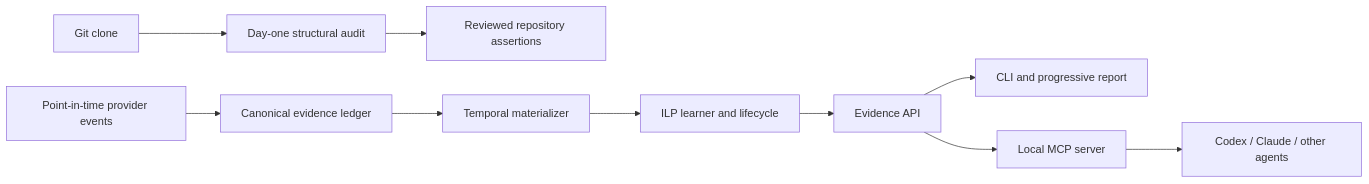
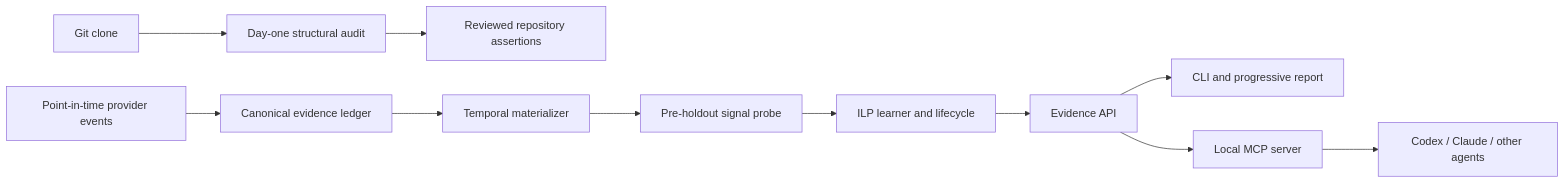
Before and after one commit to gusmondel/RuleLoom: the diagram in docs/ADOPTION-ROADMAP.md, drawn with Mermaid. The commit also changed other lines of this file and 36 other files, not shown here.

````diff
--- a/docs/ADOPTION-ROADMAP.md
+++ b/docs/ADOPTION-ROADMAP.md
@@ -34,12 +34,13 @@
 ```mermaid
 flowchart LR
     G[Git clone] --> A[Day-one structural audit]
     A --> R[Reviewed repository assertions]
     P[Point-in-time provider events] --> L[Canonical evidence ledger]
     L --> T[Temporal materializer]
-    T --> I[ILP learner and lifecycle]
+    T --> S[Pre-holdout signal probe]
+    S --> I[ILP learner and lifecycle]
     I --> E[Evidence API]
     E --> C[CLI and progressive report]
     E --> M[Local MCP server]
     M --> X[Codex / Claude / other agents]
 ```
````
